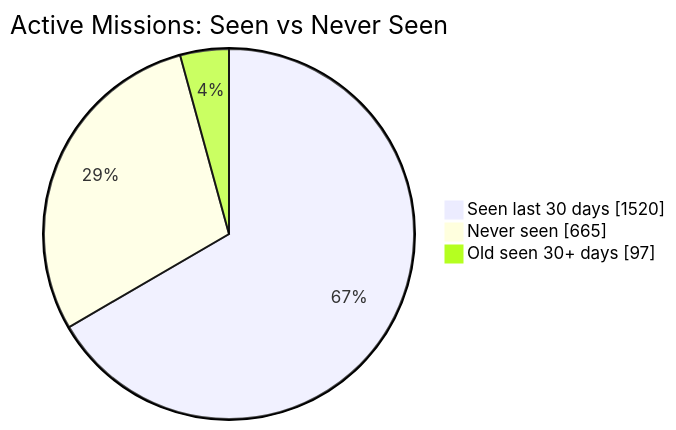
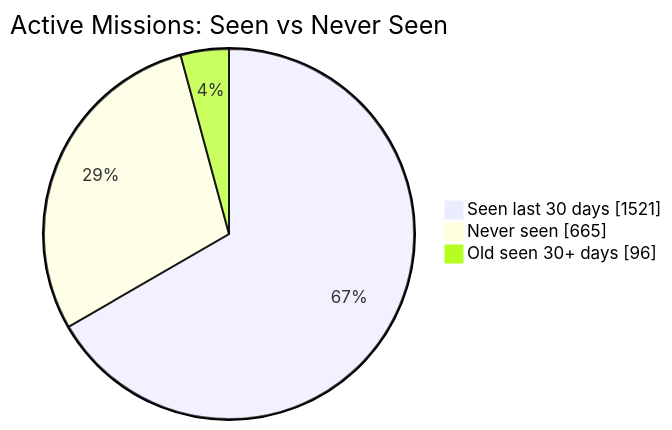
Before and after one commit to MeldkamerspelGameTeam/active-missions: the first of 2 diagrams in README.md, drawn with Mermaid. The commit also changed other lines of this file and 2 other files, not shown here.

````diff
--- a/README.md
+++ b/README.md
@@ -34,7 +34,7 @@
 ```mermaid
 pie showData
     title Active Missions: Seen vs Never Seen
-    "Seen last 30 days" : 1520
+    "Seen last 30 days" : 1521
     "Never seen" : 665
-    "Old seen 30+ days" : 97
+    "Old seen 30+ days" : 96
 ```
````
